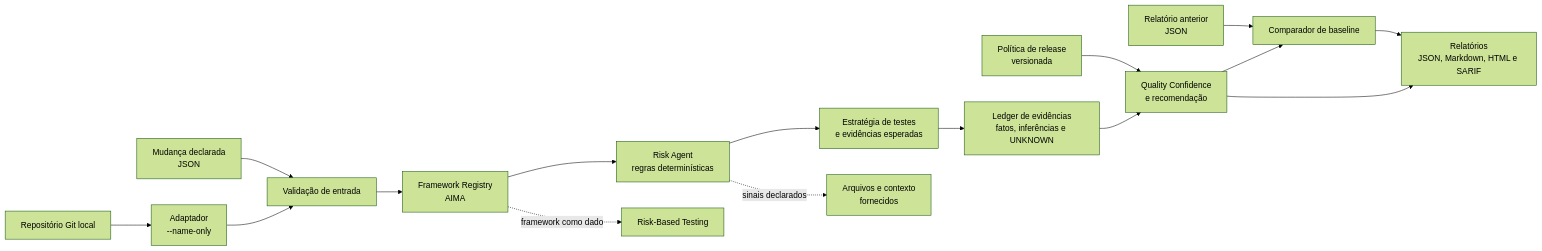
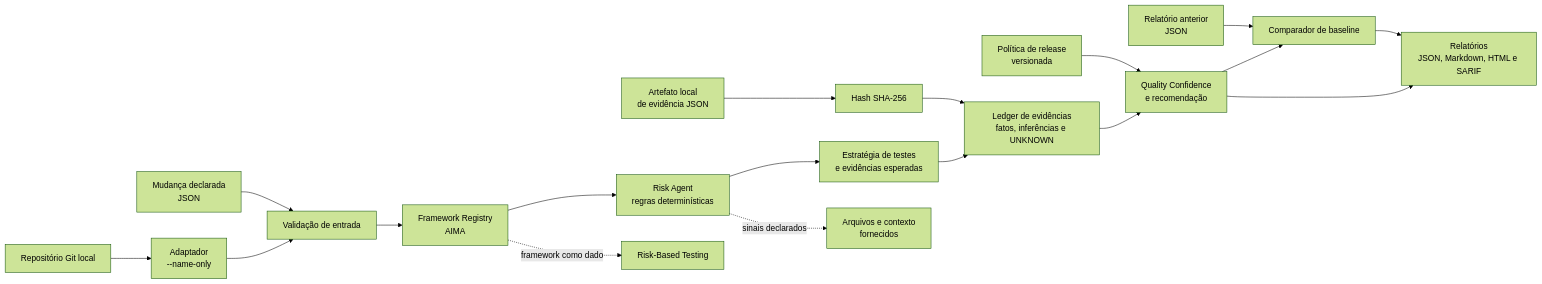
One commit to jonasqasoftware/aima-agentic-qe changed the diagram in ARCHITECTURE.md. Above: the diagram before and after it, drawn with Mermaid (forest theme). The commit also changed other lines of this file and 12 other files, not shown here.

````diff
--- a/ARCHITECTURE.md
+++ b/ARCHITECTURE.md
@@ -7,19 +7,21 @@
 ```mermaid
 flowchart LR
   Input["Mudança declarada\nJSON"] --> Validate["Validação de entrada"]
   Git["Repositório Git local"] --> Diff["Adaptador\n--name-only"]
   Diff --> Validate
+  Artifact["Artefato local\nde evidência JSON"] --> Hash["Hash SHA-256"]
+  Hash --> Ledger
   Validate --> Registry["Framework Registry\nAIMA"]
   Registry --> Risk["Risk Agent\nregras determinísticas"]
   Risk --> Strategy["Estratégia de testes\ne evidências esperadas"]
   Strategy --> Ledger["Ledger de evidências\nfatos, inferências e UNKNOWN"]
   Policy["Política de release\nversionada"] --> Decision
   Ledger --> Decision["Quality Confidence\ne recomendação"]
   Baseline["Relatório anterior\nJSON"] --> Compare["Comparador de baseline"]
   Decision --> Compare
   Compare --> Report
   Decision --> Report["Relatórios\nJSON, Markdown, HTML e SARIF"]
 
   Registry -. "framework como dado" .-> Framework["Risk-Based Testing"]
   Risk -. "sinais declarados" .-> Change["Arquivos e contexto\nfornecidos"]
 ```
````
